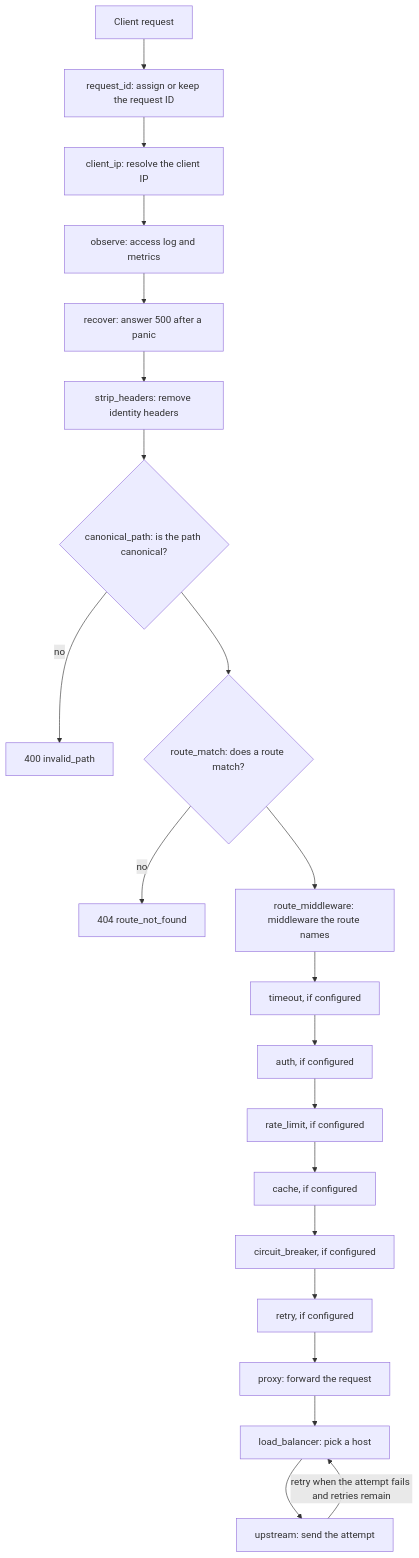
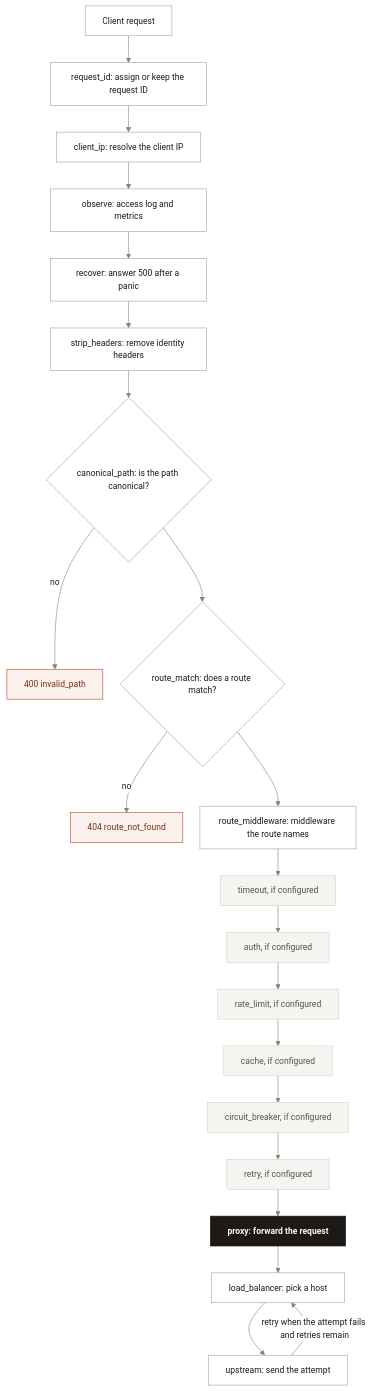
One commit to ok0/go-microgateway changed the second of 2 diagrams in docs/architecture.md. Above: the diagram before and after it, drawn with Mermaid. The commit also changed other lines of this file and 4 other files, not shown here.

Commit message:
docs: restyle the Mermaid diagrams with a neutral theme

````diff
--- a/docs/architecture.md
+++ b/docs/architecture.md
@@ -73,23 +79,31 @@
 ```mermaid
+%%{init: {"theme": "base", "themeVariables": {"fontFamily": "-apple-system, BlinkMacSystemFont, Segoe UI, Helvetica, Arial, sans-serif", "fontSize": "14px", "primaryColor": "#ffffff", "primaryTextColor": "#1c1917", "primaryBorderColor": "#a8a29e", "lineColor": "#8a847d", "clusterBkg": "#f5f4f1", "clusterBorder": "#e2dfd9", "titleColor": "#57534e", "edgeLabelBackground": "#ffffff", "actorBkg": "#ffffff", "actorBorder": "#a8a29e", "actorTextColor": "#1c1917", "actorLineColor": "#d6d3cd", "signalColor": "#8a847d", "signalTextColor": "#7d7670", "labelBoxBkgColor": "#f5f4f1", "labelBoxBorderColor": "#d6d3cd", "labelTextColor": "#1c1917", "loopTextColor": "#7d7670", "noteBkgColor": "#f5f4f1", "noteBorderColor": "#d6d3cd", "noteTextColor": "#1c1917", "activationBkgColor": "#f5f4f1", "activationBorderColor": "#a8a29e"}, "flowchart": {"curve": "basis", "nodeSpacing": 28, "rankSpacing": 44, "padding": 14}}}%%
 flowchart TD
   client["Client request"] --> request_id["request_id: assign or keep the request ID"]
   request_id --> client_ip["client_ip: resolve the client IP"]
   client_ip --> observe["observe: access log and metrics"]
   observe --> recover["recover: answer 500 after a panic"]
   recover --> strip_headers["strip_headers: remove identity headers"]
   strip_headers --> canonical_path{"canonical_path: is the path canonical?"}
   canonical_path -- "no" --> bad_path["400 invalid_path"]
   canonical_path --> route_match{"route_match: does a route match?"}
   route_match -- "no" --> no_route["404 route_not_found"]
   route_match --> route_middleware["route_middleware: middleware the route names"]
   route_middleware --> timeout["timeout, if configured"]
   timeout --> auth["auth, if configured"]
   auth --> rate_limit["rate_limit, if configured"]
   rate_limit --> cache["cache, if configured"]
   cache --> circuit_breaker["circuit_breaker, if configured"]
   circuit_breaker --> retry["retry, if configured"]
   retry --> proxy["proxy: forward the request"]
   proxy --> load_balancer["load_balancer: pick a host"]
   load_balancer --> upstream["upstream: send the attempt"]
   upstream -- "retry when the attempt fails and retries remain" --> load_balancer
+
+  classDef core fill:#1c1917,stroke:#1c1917,color:#fafaf9,font-weight:600
+  classDef stop fill:#fbf1ec,stroke:#b4532a,color:#7c2d12
+  classDef optional fill:#f5f4f1,stroke:#d6d3cd,color:#57534e
+  class proxy core
+  class bad_path,no_route stop
+  class timeout,auth,rate_limit,cache,circuit_breaker,retry optional
 ```
````
